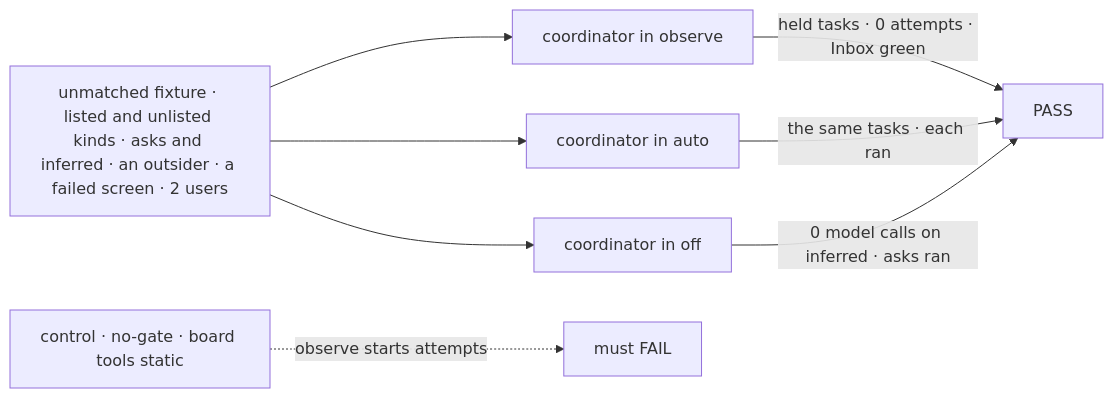
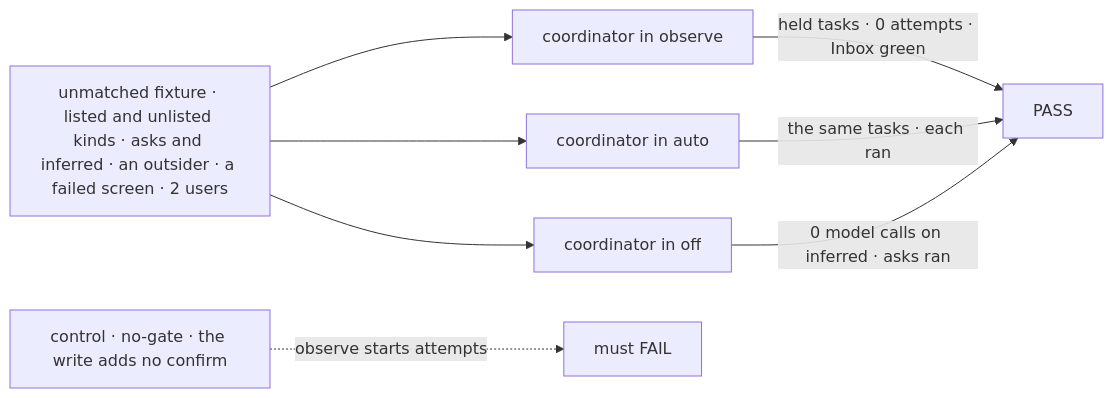
One commit to fixpoint-labs/flow-state-dev changed the first of 3 diagrams in specs/issues/FIX-2538/SPEC.md. Above: the diagram before and after it, drawn with Mermaid. The commit also changed other lines of this file and 2 other files, not shown here.

First line of the commit message:
spec(FIX-2538): D2 holds on the board's write; one screen run; docs split

````diff
--- a/specs/issues/FIX-2538/SPEC.md
+++ b/specs/issues/FIX-2538/SPEC.md
@@ -33,10 +33,10 @@
 ```mermaid
 flowchart LR
   F["unmatched fixture · listed and unlisted kinds · asks and inferred · an outsider · a failed screen · 2 users"] --> O["coordinator in observe"]
   F --> A["coordinator in auto"]
   F --> X["coordinator in off"]
   O -->|"held tasks · 0 attempts · Inbox green"| P["PASS"]
   A -->|"the same tasks · each ran"| P
   X -->|"0 model calls on inferred · asks ran"| P
-  C["control · no-gate · board tools static"] -.->|"observe starts attempts"| Q["must FAIL"]
+  C["control · no-gate · the write adds no confirm"] -.->|"observe starts attempts"| Q["must FAIL"]
 ```
````
